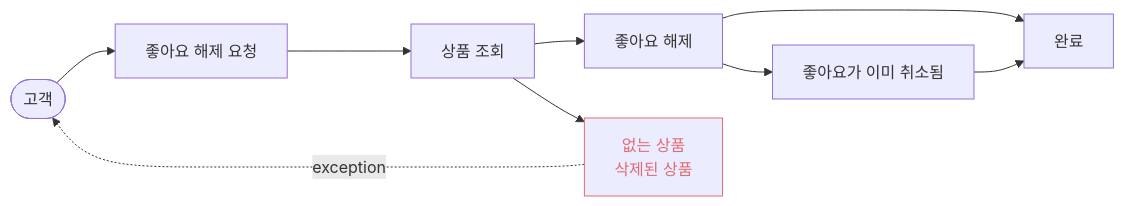
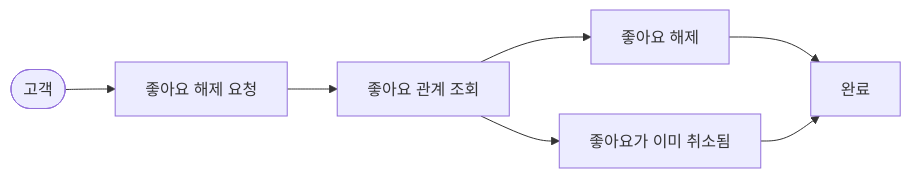
One commit to asqwklop12/loop-pack-be-l2-vol5-kotlin changed the fifth of 8 diagrams in docs/week2/usecase.md. Above: the diagram before and after it, drawn with Mermaid. The commit also changed other lines of this file, not shown here.

Commit message:
feat: 좋아요 해제 명세에 맞게 수정

````diff
--- a/docs/week2/usecase.md
+++ b/docs/week2/usecase.md
@@ -113,15 +113,10 @@
 ```mermaid
 flowchart LR
     고객([고객]) --> A[좋아요 해제 요청]
-    A --> B[상품 조회]
+    A --> B[좋아요 관계 조회]
     B --> C[좋아요 해제]
     C --> D[완료]
 
-    B --> B1["없는 상품<br/>삭제된 상품"]
-    B1 -.->|exception| 고객
-    C --> C1[좋아요가 이미 취소됨]
-    C1 --> D
-
-    classDef fail stroke:#e06c75,color:#e06c75
-    class B1 fail
+    B --> B1[좋아요가 이미 취소됨]
+    B1 --> D
 ```
````
